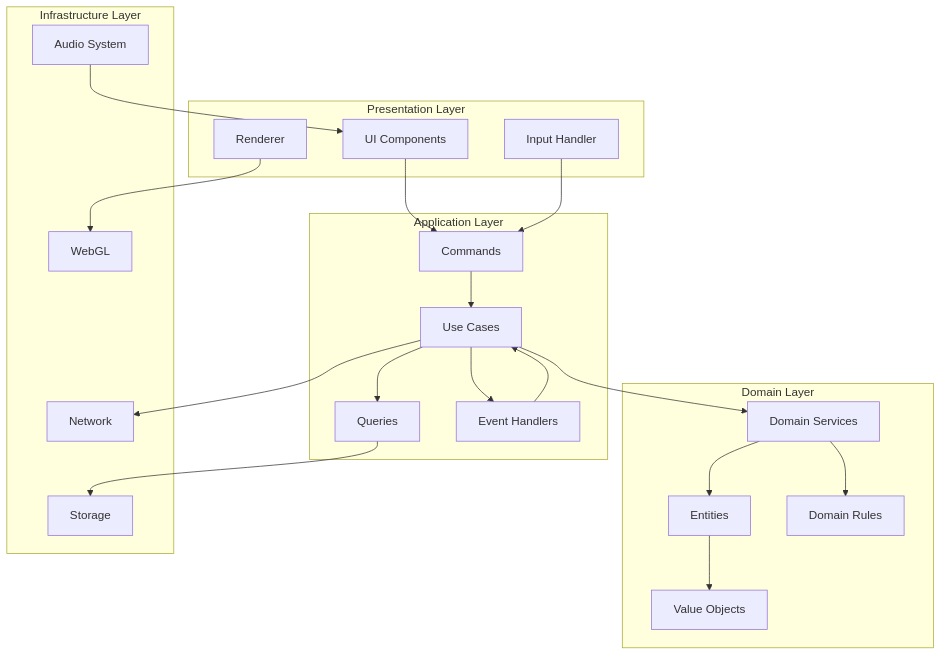
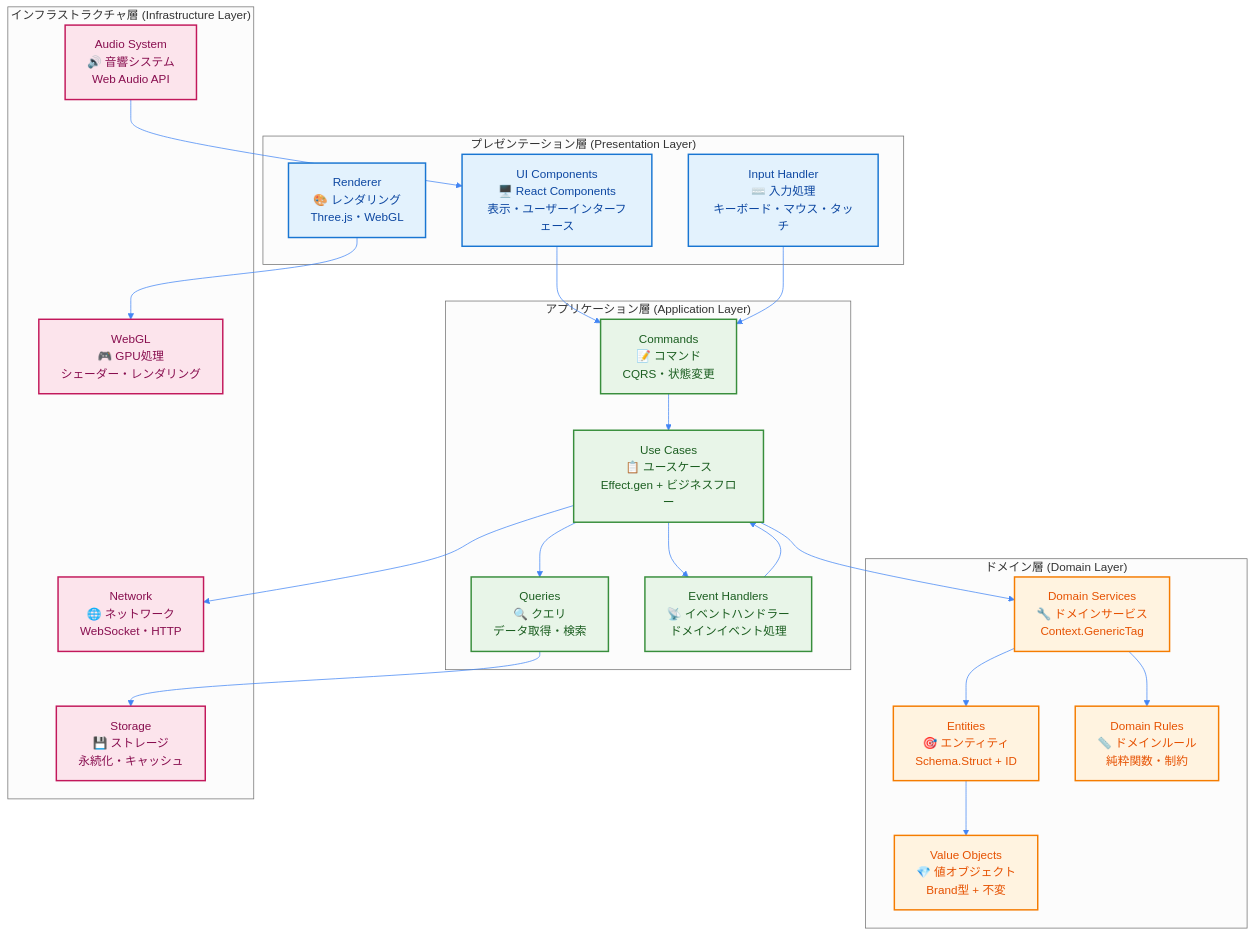
Before and after one commit to takeokunn/ts-minecraft: the first of 4 diagrams in docs/02-specifications/02-api-design/03-data-flow-diagram.md, drawn with Mermaid. The commit also changed other lines of this file and 124 other files, not shown here.

````diff
--- a/docs/02-specifications/02-api-design/03-data-flow-diagram.md
+++ b/docs/02-specifications/02-api-design/03-data-flow-diagram.md
@@ -9,44 +23,62 @@
 ```mermaid
+%%{init: {"theme": "neutral", "themeVariables": {"primaryColor": "#4285f4", "primaryTextColor": "#ffffff", "primaryBorderColor": "#ffffff", "lineColor": "#4285f4", "sectionBkgColor": "#f5f7fa", "tertiaryColor": "#f5f7fa"}}}%%
 graph TB
-    subgraph "Presentation Layer"
-        UI[UI Components]
-        INPUT[Input Handler]
-        RENDER[Renderer]
+    subgraph PresentationLayer ["プレゼンテーション層 (Presentation Layer)"]
+        UI["UI Components<br/>🖥️ React Components<br/>表示・ユーザーインターフェース"]
+        INPUT["Input Handler<br/>⌨️ 入力処理<br/>キーボード・マウス・タッチ"]
+        RENDER["Renderer<br/>🎨 レンダリング<br/>Three.js・WebGL"]
     end
 
-    subgraph "Application Layer"
-        UC[Use Cases]
-        CMD[Commands]
-        QRY[Queries]
-        EVT[Event Handlers]
+    subgraph ApplicationLayer ["アプリケーション層 (Application Layer)"]
+        UC["Use Cases<br/>📋 ユースケース<br/>Effect.gen + ビジネスフロー"]
+        CMD["Commands<br/>📝 コマンド<br/>CQRS・状態変更"]
+        QRY["Queries<br/>🔍 クエリ<br/>データ取得・検索"]
+        EVT["Event Handlers<br/>📡 イベントハンドラー<br/>ドメインイベント処理"]
     end
 
-    subgraph "Domain Layer"
-        ENT[Entities]
-        VO[Value Objects]
-        DS[Domain Services]
-        DR[Domain Rules]
+    subgraph DomainLayer ["ドメイン層 (Domain Layer)"]
+        ENT["Entities<br/>🎯 エンティティ<br/>Schema.Struct + ID"]
+        VO["Value Objects<br/>💎 値オブジェクト<br/>Brand型 + 不変"]
+        DS["Domain Services<br/>🔧 ドメインサービス<br/>Context.GenericTag"]
+        DR["Domain Rules<br/>📏 ドメインルール<br/>純粋関数・制約"]
     end
 
-    subgraph "Infrastructure Layer"
-        DB[Storage]
-        NET[Network]
-        GPU[WebGL]
-        AUDIO[Audio System]
+    subgraph InfrastructureLayer ["インフラストラクチャ層 (Infrastructure Layer)"]
+        DB["Storage<br/>💾 ストレージ<br/>永続化・キャッシュ"]
+        NET["Network<br/>🌐 ネットワーク<br/>WebSocket・HTTP"]
+        GPU["WebGL<br/>🎮 GPU処理<br/>シェーダー・レンダリング"]
+        AUDIO["Audio System<br/>🔊 音響システム<br/>Web Audio API"]
     end
 
+    %% Presentation to Application
     UI --> CMD
     INPUT --> CMD
+
+    %% Application orchestration
     CMD --> UC
     UC --> DS
+    UC --> QRY
+    QRY --> DB
+    EVT --> UC
+    UC --> EVT
+
+    %% Domain relationships
     DS --> ENT
     ENT --> VO
-    UC --> QRY
-    QRY --> DB
     DS --> DR
-    EVT --> UC
-    UC --> EVT
+
+    %% Infrastructure connections
     RENDER --> GPU
     UC --> NET
     AUDIO --> UI
+
+    classDef presentationStyle fill:#e3f2fd,stroke:#1976d2,stroke-width:2px,color:#0d47a1
+    classDef applicationStyle fill:#e8f5e8,stroke:#388e3c,stroke-width:2px,color:#1b5e20
+    classDef domainStyle fill:#fff3e0,stroke:#f57c00,stroke-width:2px,color:#e65100
+    classDef infrastructureStyle fill:#fce4ec,stroke:#c2185b,stroke-width:2px,color:#880e4f
+
+    class UI,INPUT,RENDER presentationStyle
+    class UC,CMD,QRY,EVT applicationStyle
+    class ENT,VO,DS,DR domainStyle
+    class DB,NET,GPU,AUDIO infrastructureStyle
 ```
````
